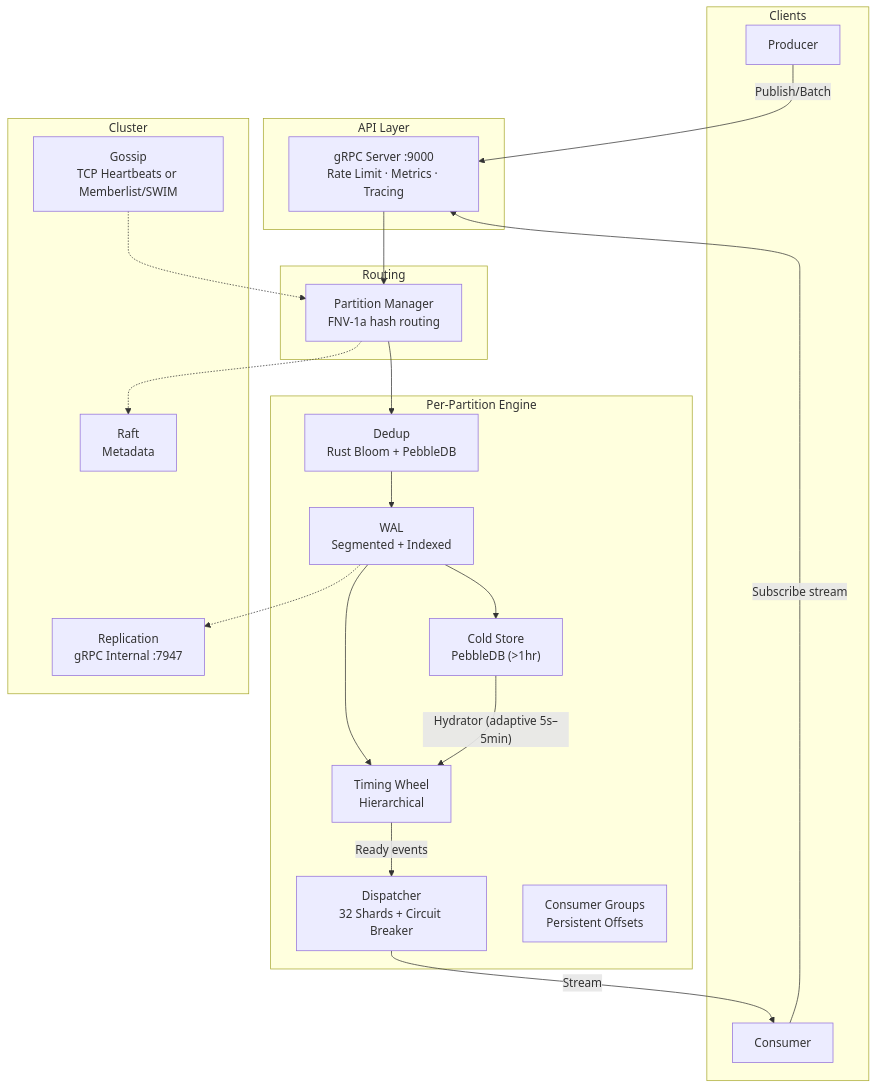
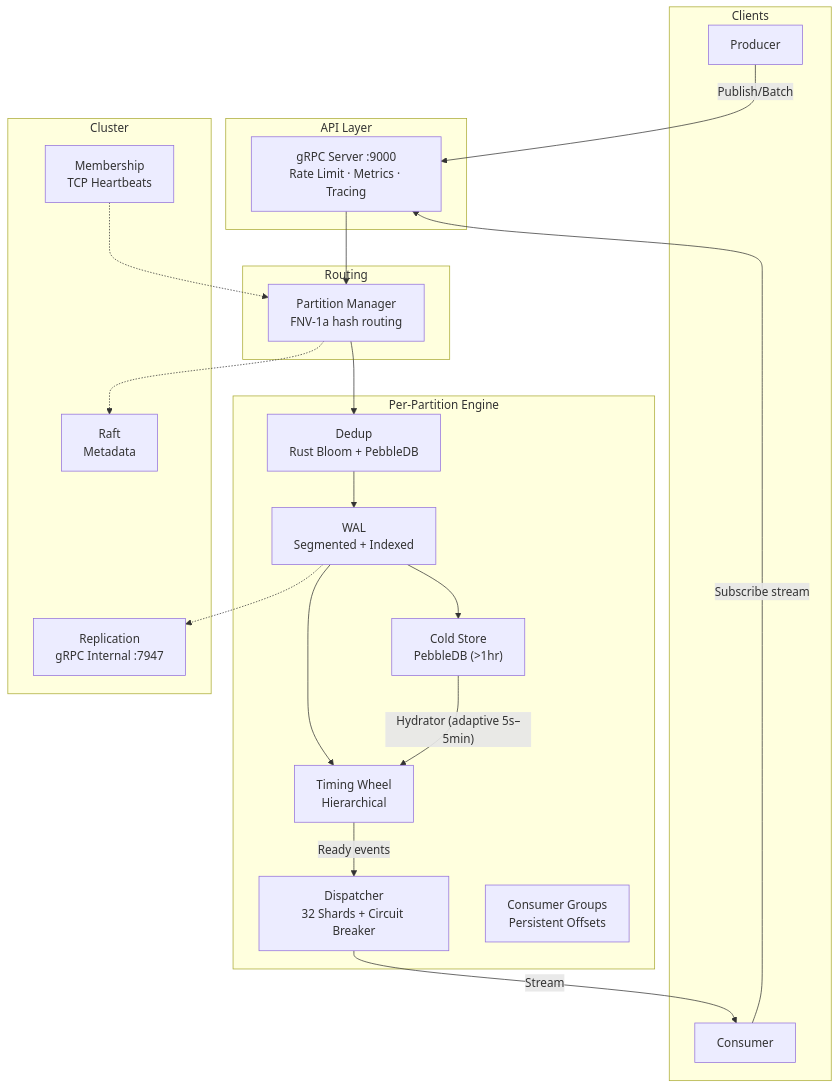
The diagram in README.md (jatin711-debug/cronos_db_golang), drawn with Mermaid before and after one commit. The commit also changed other lines of this file and 9 other files, not shown here.

````diff
--- a/README.md
+++ b/README.md
@@ -81,40 +82,40 @@
 ```mermaid
 graph TB
     subgraph Clients
         C1[Producer]
         C2[Consumer]
     end
 
     subgraph "API Layer"
         GW["gRPC Server :9000<br/>Rate Limit · Metrics · Tracing"]
     end
 
     subgraph "Routing"
         PM["Partition Manager<br/>FNV-1a hash routing"]
     end
 
     subgraph "Per-Partition Engine"
         WAL["WAL<br/>Segmented + Indexed"]
         CS["Cold Store<br/>PebbleDB (>1hr)"]
         SCH["Timing Wheel<br/>Hierarchical"]
         DD["Dedup<br/>Rust Bloom + PebbleDB"]
         DSP["Dispatcher<br/>32 Shards + Circuit Breaker"]
         CG["Consumer Groups<br/>Persistent Offsets"]
     end
 
     subgraph "Cluster"
         RAFT["Raft<br/>Metadata"]
-        GOSSIP["Gossip<br/>TCP Heartbeats or Memberlist/SWIM"]
+        GOSSIP["Membership<br/>TCP Heartbeats"]
         REPL["Replication<br/>gRPC Internal :7947"]
     end
 
     C1 -->|"Publish/Batch"| GW
     C2 -->|"Subscribe stream"| GW
     GW --> PM --> DD --> WAL --> SCH
     WAL --> CS
     CS -->|"Hydrator (adaptive 5s–5min)"| SCH
     SCH -->|"Ready events"| DSP -->|"Stream"| C2
     WAL -.-> REPL
     PM -.-> RAFT
     GOSSIP -.-> PM
 ```
````
